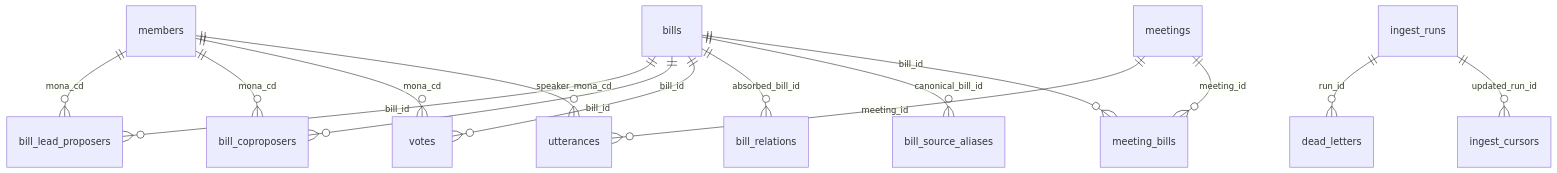
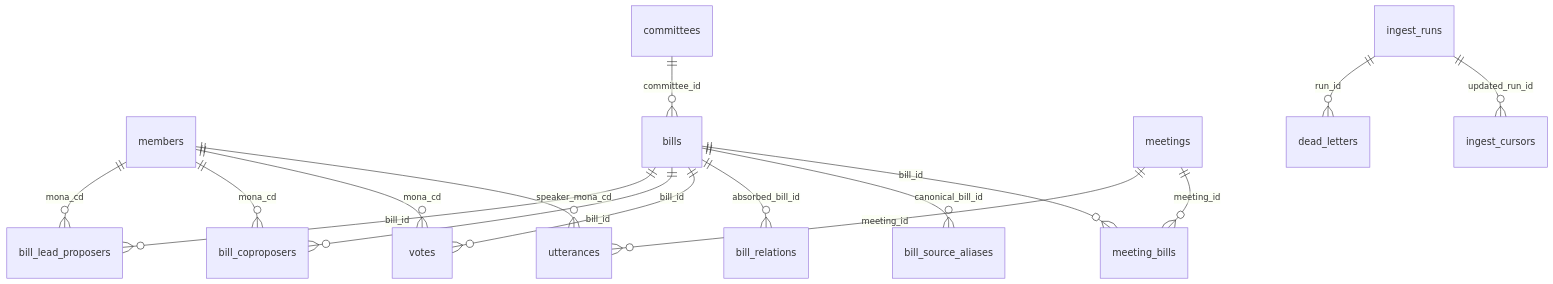
One commit to tjdwls101010/Congress-DB changed the diagram in docs/design/ERD.md. Above: the diagram before and after it, drawn with Mermaid. The commit also changed other lines of this file and 21 other files, not shown here.

````diff
--- a/docs/design/ERD.md
+++ b/docs/design/ERD.md
@@ -9,17 +9,18 @@
 ```mermaid
 erDiagram
     members ||--o{ bill_lead_proposers : "mona_cd"
+    committees ||--o{ bills : "committee_id"
     bills ||--o{ bill_lead_proposers : "bill_id"
     members ||--o{ bill_coproposers : "mona_cd"
     bills ||--o{ bill_coproposers : "bill_id"
     members ||--o{ votes : "mona_cd"
     bills ||--o{ votes : "bill_id"
     bills ||--o{ bill_relations : "absorbed_bill_id"
     bills ||--o{ bill_source_aliases : "canonical_bill_id"
     meetings ||--o{ utterances : "meeting_id"
     meetings ||--o{ meeting_bills : "meeting_id"
     bills ||--o{ meeting_bills : "bill_id"
     members ||--o{ utterances : "speaker_mona_cd"
     ingest_runs ||--o{ dead_letters : "run_id"
     ingest_runs ||--o{ ingest_cursors : "updated_run_id"
 ```
````
